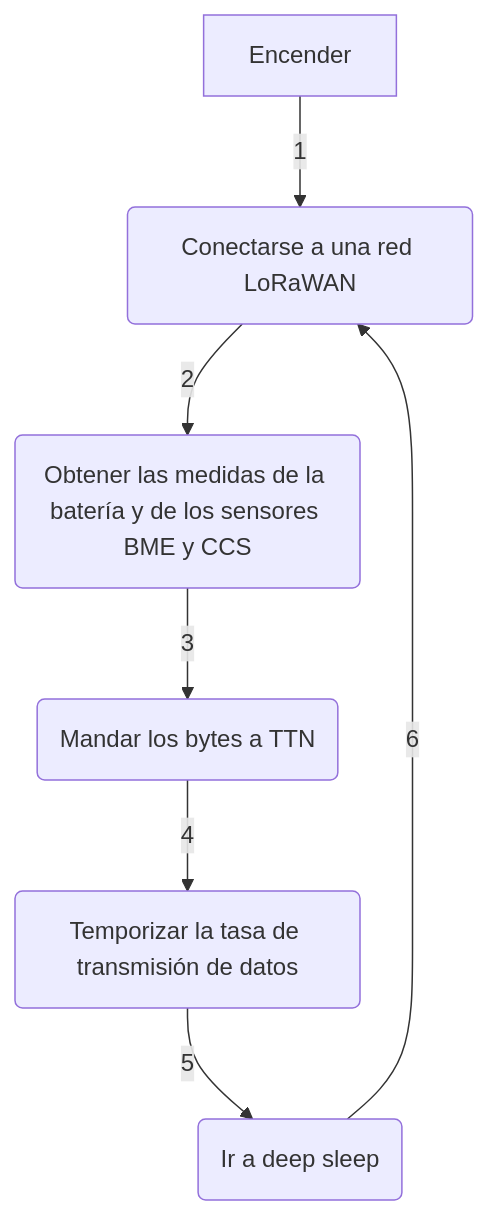
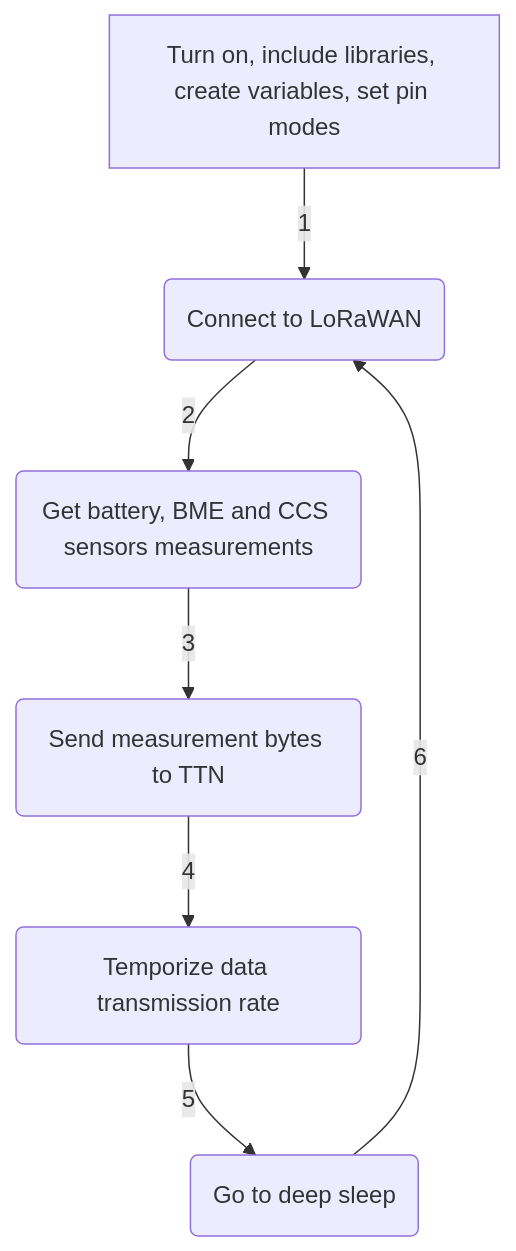
The diagram in README_EN.md (MediaLabUniovi/Lora-Mini-Air-Quality-Drone-Onboard-Station), drawn with Mermaid before and after one commit.

````diff
--- a/README_EN.md
+++ b/README_EN.md
@@ -136,9 +136,9 @@
 ```mermaid
 graph TD;
-  A[Encender] -->|1| B(Conectarse a una red LoRaWAN)
-  B -->|2| C(Obtener las medidas de la batería y de los sensores BME y CCS)
-  C -->|3| D(Mandar los bytes a TTN)
-  D -->|4| E(Temporizar la tasa de transmisión de datos)
-  E -->|5| F(Ir a deep sleep)
+  A[Turn on, include libraries, create variables, set pin modes] -->|1| B(Connect to LoRaWAN)
+  B -->|2| C(Get battery, BME and CCS sensors measurements)
+  C -->|3| D(Send measurement bytes to TTN)
+  D -->|4| E(Temporize data transmission rate)
+  E -->|5| F(Go to deep sleep)
   F -->|6| B
 ```
````
